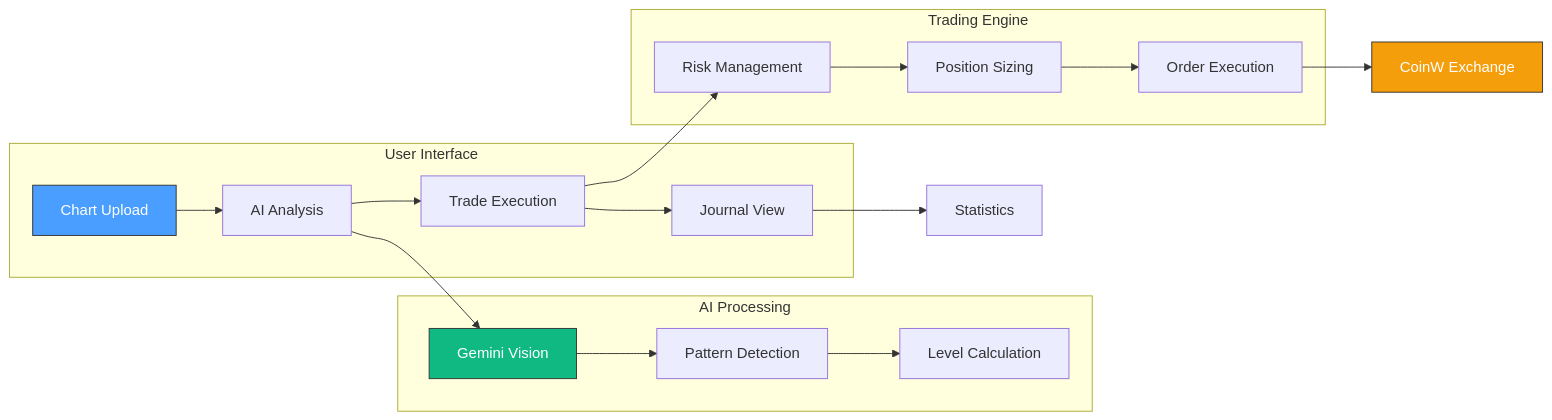
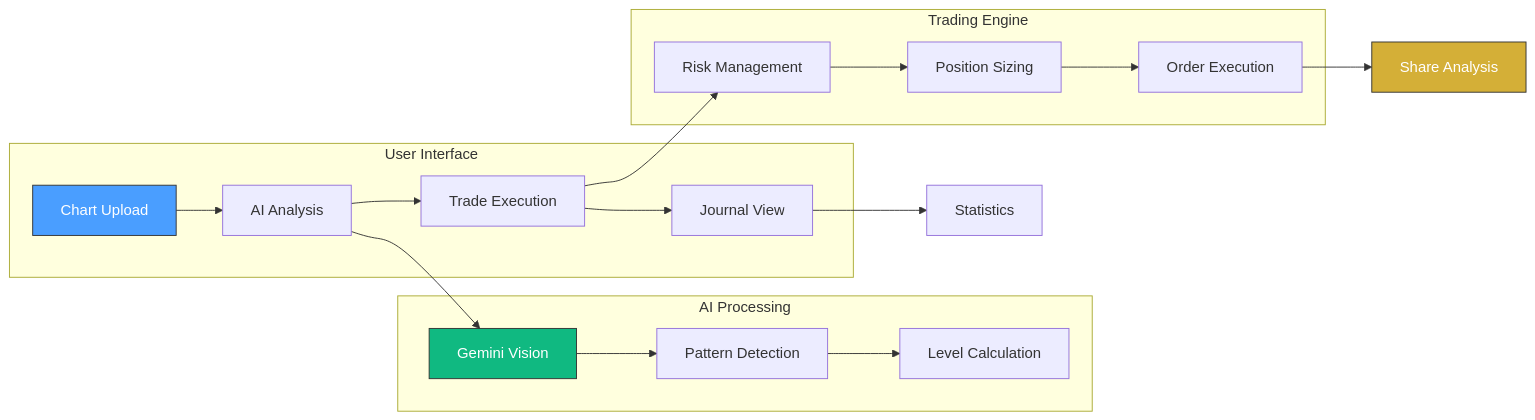
The first of 4 diagrams in README.md (MarxMad/Trading_AI_tool), drawn with Mermaid before and after one commit. The commit also changed other lines of this file, not shown here.

Commit message:
Update README: Remove CoinW references, add deployment link, focus on AI analysis and sharing features

````diff
--- a/README.md
+++ b/README.md
@@ -220,27 +194,27 @@
 ```mermaid
 graph LR
     subgraph "User Interface"
         A[Chart Upload] --> B[AI Analysis]
         B --> C[Trade Execution]
         C --> D[Journal View]
     end
     
     subgraph "AI Processing"
         E[Gemini Vision] --> F[Pattern Detection]
         F --> G[Level Calculation]
     end
     
     subgraph "Trading Engine"
         H[Risk Management] --> I[Position Sizing]
         I --> J[Order Execution]
     end
     
     B --> E
     C --> H
-    J --> K[CoinW Exchange]
+    J --> K[Share Analysis]
     D --> L[Statistics]
     
     style A fill:#4a9eff,stroke:#333,color:#fff
     style E fill:#10b981,stroke:#333,color:#fff
-    style K fill:#f59e0b,stroke:#333,color:#fff
+    style K fill:#d4af37,stroke:#333,color:#fff
 ```
````
